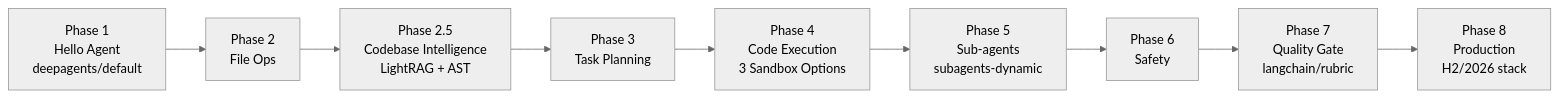
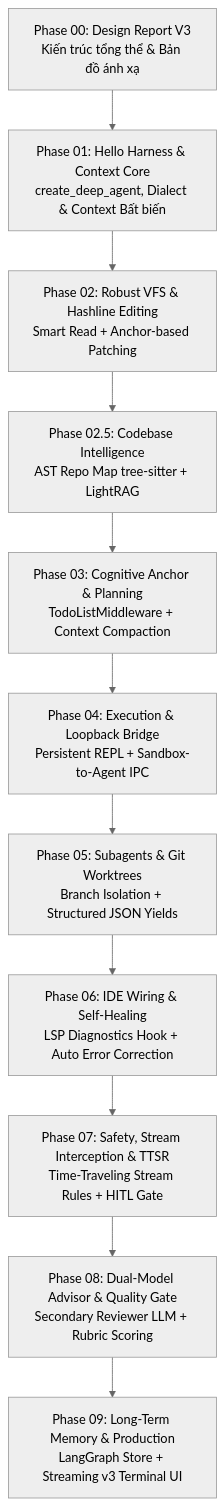
One commit to aidino/divein-ai-agent changed the diagram in build-coding-agent-tutorial/00_design_report.md. Above: the diagram before and after it, drawn with Mermaid (neutral theme). The commit also changed other lines of this file and 3 other files, not shown here.

````diff
--- a/build-coding-agent-tutorial/00_design_report.md
+++ b/build-coding-agent-tutorial/00_design_report.md
@@ -181,11 +63,13 @@
 ```mermaid
-flowchart LR
-    P1["Phase 1<br/>Hello Agent<br/>deepagents/default"] --> P2["Phase 2<br/>File Ops"]
-    P2 --> P25["Phase 2.5<br/>Codebase Intelligence<br/>LightRAG + AST"]
-    P25 --> P3["Phase 3<br/>Task Planning"]
-    P3 --> P4["Phase 4<br/>Code Execution<br/>3 Sandbox Options"]
-    P4 --> P5["Phase 5<br/>Sub-agents<br/>subagents-dynamic"]
-    P5 --> P6["Phase 6<br/>Safety"]
-    P6 --> P7["Phase 7<br/>Quality Gate<br/>langchain/rubric"]
-    P7 --> P8["Phase 8<br/>Production<br/>H2/2026 stack"]
+flowchart TD
+    P0["Phase 00: Design Report V3<br/>Kiến trúc tổng thể & Bản đồ ánh xạ"] --> P1["Phase 01: Hello Harness & Context Core<br/>create_deep_agent, Dialect & Context Bất biến"]
+    P1 --> P2["Phase 02: Robust VFS & Hashline Editing<br/>Smart Read + Anchor-based Patching"]
+    P2 --> P25["Phase 02.5: Codebase Intelligence<br/>AST Repo Map tree-sitter + LightRAG"]
+    P25 --> P3["Phase 03: Cognitive Anchor & Planning<br/>TodoListMiddleware + Context Compaction"]
+    P3 --> P4["Phase 04: Execution & Loopback Bridge<br/>Persistent REPL + Sandbox-to-Agent IPC"]
+    P4 --> P5["Phase 05: Subagents & Git Worktrees<br/>Branch Isolation + Structured JSON Yields"]
+    P5 --> P6["Phase 06: IDE Wiring & Self-Healing<br/>LSP Diagnostics Hook + Auto Error Correction"]
+    P6 --> P7["Phase 07: Safety, Stream Interception & TTSR<br/>Time-Traveling Stream Rules + HITL Gate"]
+    P7 --> P8["Phase 08: Dual-Model Advisor & Quality Gate<br/>Secondary Reviewer LLM + Rubric Scoring"]
+    P8 --> P9["Phase 09: Long-Term Memory & Production<br/>LangGraph Store + Streaming v3 Terminal UI"]
 ```
````
